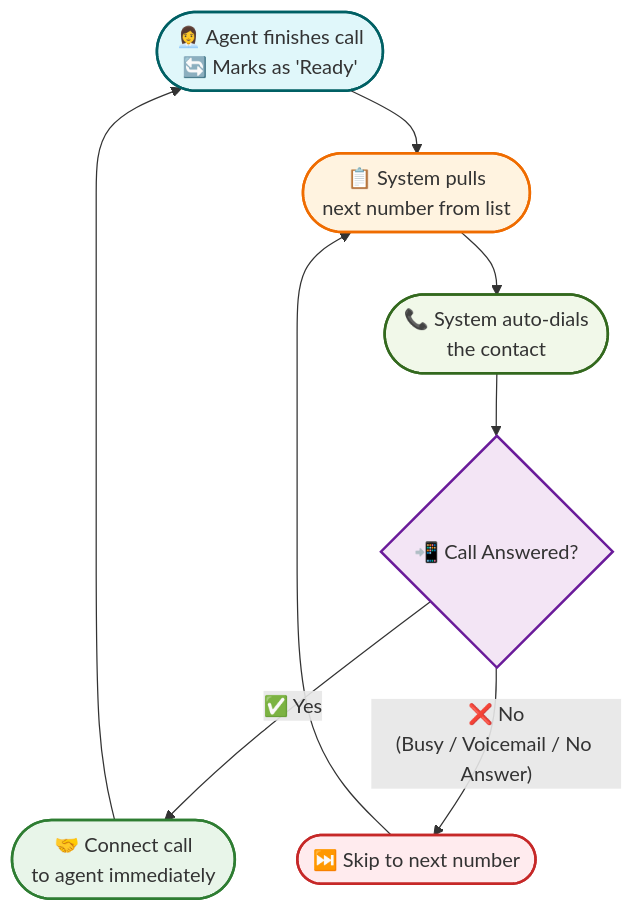
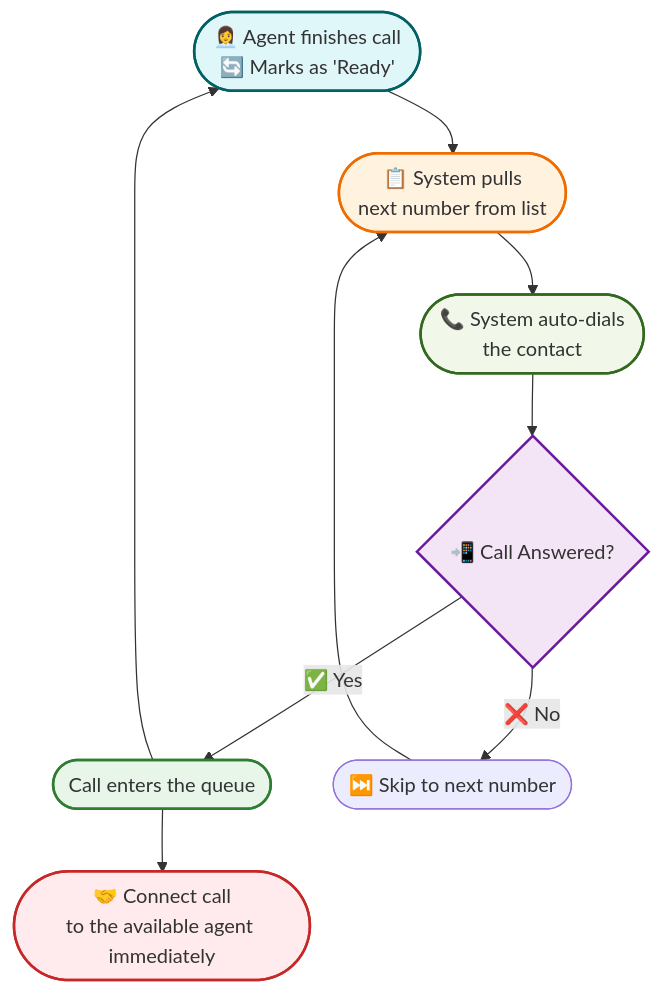
One commit to connexcs/docs changed the second of 3 diagrams in docs/customer-portal/cp-contact-center.md. Above: the diagram before and after it, drawn with Mermaid. The commit also changed other lines of this file and 4 other files, not shown here.

````diff
--- a/docs/customer-portal/cp-contact-center.md
+++ b/docs/customer-portal/cp-contact-center.md
@@ -82,17 +52,18 @@
     ```mermaid
     flowchart TD
         style A fill:#E0F7FA,stroke:#006064,stroke-width:2,rx:10,ry:10
         style B fill:#FFF3E0,stroke:#EF6C00,stroke-width:2,rx:10,ry:10
         style C fill:#F1F8E9,stroke:#33691E,stroke-width:2,rx:10,ry:10
         style D fill:#F3E5F5,stroke:#6A1B9A,stroke-width:2,rx:10,ry:10
         style E fill:#E8F5E9,stroke:#2E7D32,stroke-width:2,rx:10,ry:10
         style F fill:#FFEBEE,stroke:#C62828,stroke-width:2,rx:10,ry:10
 
         A(["👩‍💼 Agent finishes call<br/>🔄 Marks as 'Ready'"]) --> B(["📋 System pulls<br/>next number from list"])
         B --> C(["📞 System auto-dials<br/>the contact"])
         C --> D{"📲 Call Answered?"}
-        D -- "✅ Yes" --> E(["🤝 Connect call<br/>to agent immediately"])
-        D -- "❌ No<br/>(Busy / Voicemail / No Answer)" --> F(["⏭️ Skip to next number"])
-        F --> B
+        D -- "✅ Yes" --> E(["Call enters the queue"])
+        E --> F(["🤝 Connect call<br/>to the available agent immediately"])
+        D -- "❌ No" --> G(["⏭️ Skip to next number"])
+        G --> B
         E --> A
     ```
````
